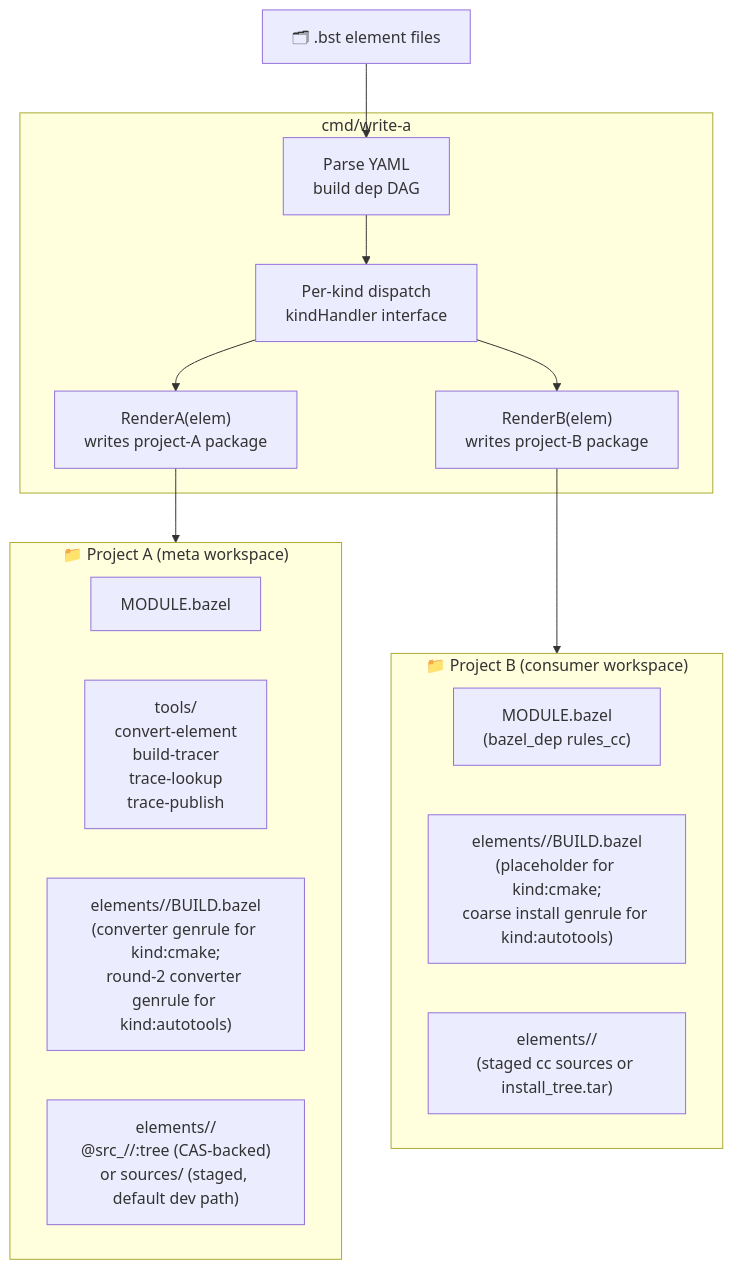
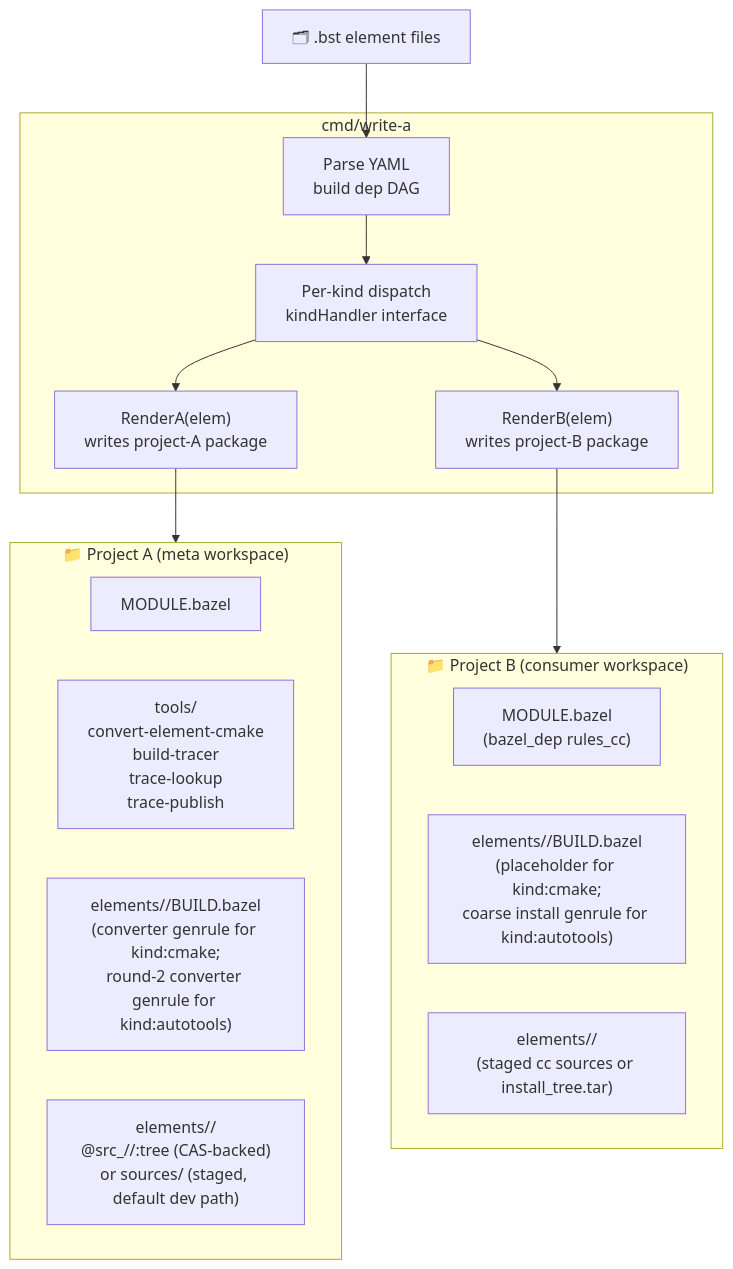
Before and after one commit to sstriker/buildstream-bazel: the third of 14 diagrams in docs/visual-guide.md, drawn with Mermaid. The commit also changed other lines of this file and 127 other files, not shown here.

````diff
--- a/docs/visual-guide.md
+++ b/docs/visual-guide.md
@@ -91,30 +91,30 @@
 ```mermaid
 flowchart TB
     BST["🗂 .bst element files"]
 
     subgraph WA["cmd/write-a"]
         PARSE["Parse YAML\nbuild dep DAG"]
         DISPATCH["Per-kind dispatch\nkindHandler interface"]
         RA["RenderA(elem)\nwrites project-A package"]
         RB["RenderB(elem)\nwrites project-B package"]
     end
 
     subgraph PA["📁 Project A (meta workspace)"]
         PAMOD["MODULE.bazel"]
-        PATOOLS["tools/\nconvert-element\nbuild-tracer\ntrace-lookup\ntrace-publish"]
+        PATOOLS["tools/\nconvert-element-cmake\nbuild-tracer\ntrace-lookup\ntrace-publish"]
         PABUILD["elements/<name>/BUILD.bazel\n(converter genrule for kind:cmake;\nround-2 converter genrule for kind:autotools)"]
         PASRC["elements/<name>/\n@src_<key>//:tree (CAS-backed)\nor sources/ (staged, default dev path)"]
     end
 
     subgraph PB["📁 Project B (consumer workspace)"]
         PBMOD["MODULE.bazel\n(bazel_dep rules_cc)"]
         PBPH["elements/<name>/BUILD.bazel\n(placeholder for kind:cmake;\ncoarse install genrule for kind:autotools)"]
         PBSRC["elements/<name>/\n(staged cc sources or install_tree.tar)"]
     end
 
     BST --> PARSE
     PARSE --> DISPATCH
     DISPATCH --> RA & RB
     RA --> PA
     RB --> PB
 ```
````
